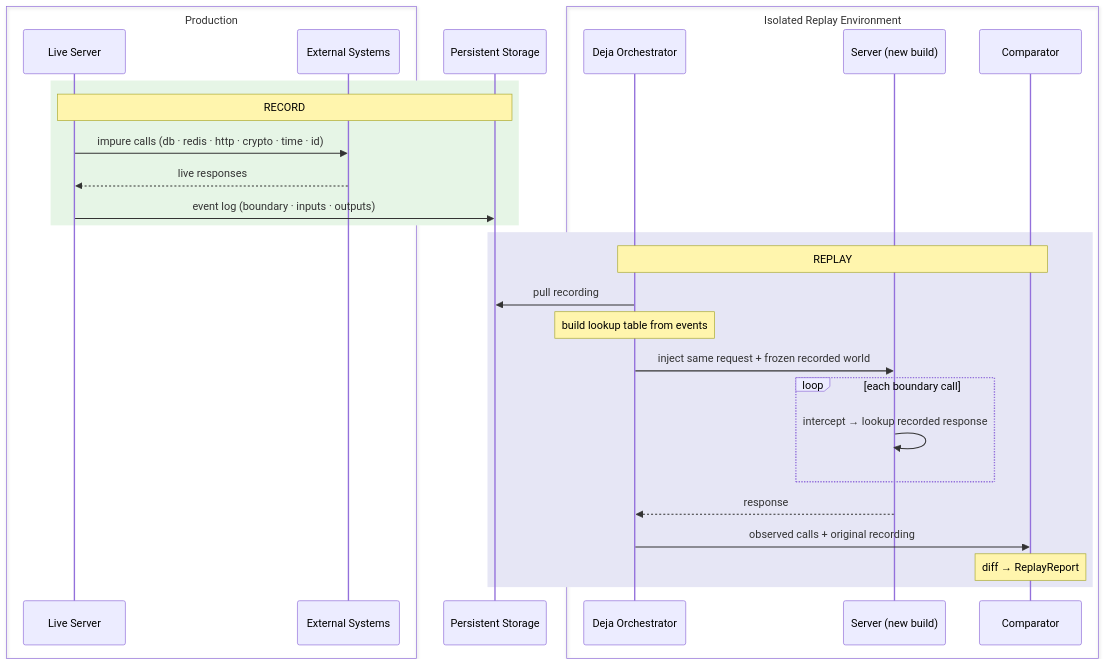
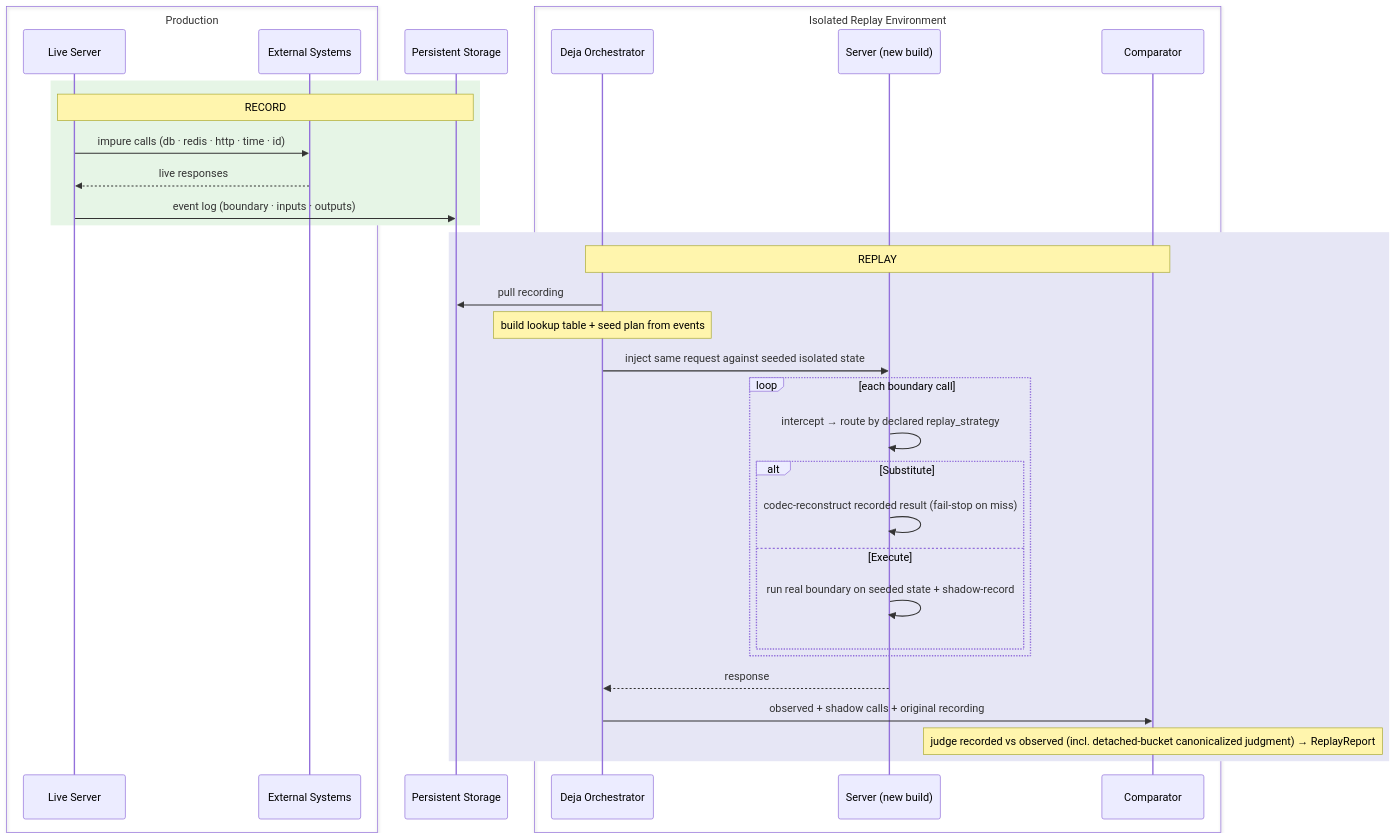
The first of 3 diagrams in docs/DEJA_ARCHITECTURE.md (juspay/deja), drawn with Mermaid before and after one commit. The commit also changed other lines of this file and 71 other files, not shown here.

First line of the commit message:
feat(replay-sandbox): per-run sandbox with file-based replay, router chart, and raw secret management

````diff
--- a/docs/DEJA_ARCHITECTURE.md
+++ b/docs/DEJA_ARCHITECTURE.md
@@ -44,34 +44,39 @@
 ```mermaid
 sequenceDiagram
     box Production
         participant LS as Live Server
         participant EX as External Systems
     end
     participant ST as Persistent Storage
 
     box Isolated Replay Environment
         participant ORC as Deja Orchestrator
         participant NS as Server (new build)
         participant CMP as Comparator
     end
 
     rect rgb(230, 245, 230)
         Note over LS,ST: RECORD
-        LS->>EX: impure calls (db · redis · http · crypto · time · id)
+        LS->>EX: impure calls (db · redis · http · time · id)
         EX-->>LS: live responses
         LS->>ST: event log (boundary · inputs · outputs)
     end
 
     rect rgb(230, 230, 245)
         Note over ORC,CMP: REPLAY
         ORC->>ST: pull recording
-        Note over ORC: build lookup table from events
-        ORC->>NS: inject same request + frozen recorded world
+        Note over ORC: build lookup table + seed plan from events
+        ORC->>NS: inject same request against seeded isolated state
         loop each boundary call
-            NS->>NS: intercept → lookup recorded response
+            NS->>NS: intercept → route by declared replay_strategy
+            alt Substitute
+                NS->>NS: codec-reconstruct recorded result (fail-stop on miss)
+            else Execute
+                NS->>NS: run real boundary on seeded state + shadow-record
+            end
         end
         NS-->>ORC: response
-        ORC->>CMP: observed calls + original recording
-        Note over CMP: diff → ReplayReport
+        ORC->>CMP: observed + shadow calls + original recording
+        Note over CMP: judge recorded vs observed (incl. detached-bucket canonicalized judgment) → ReplayReport
     end
 ```
````
